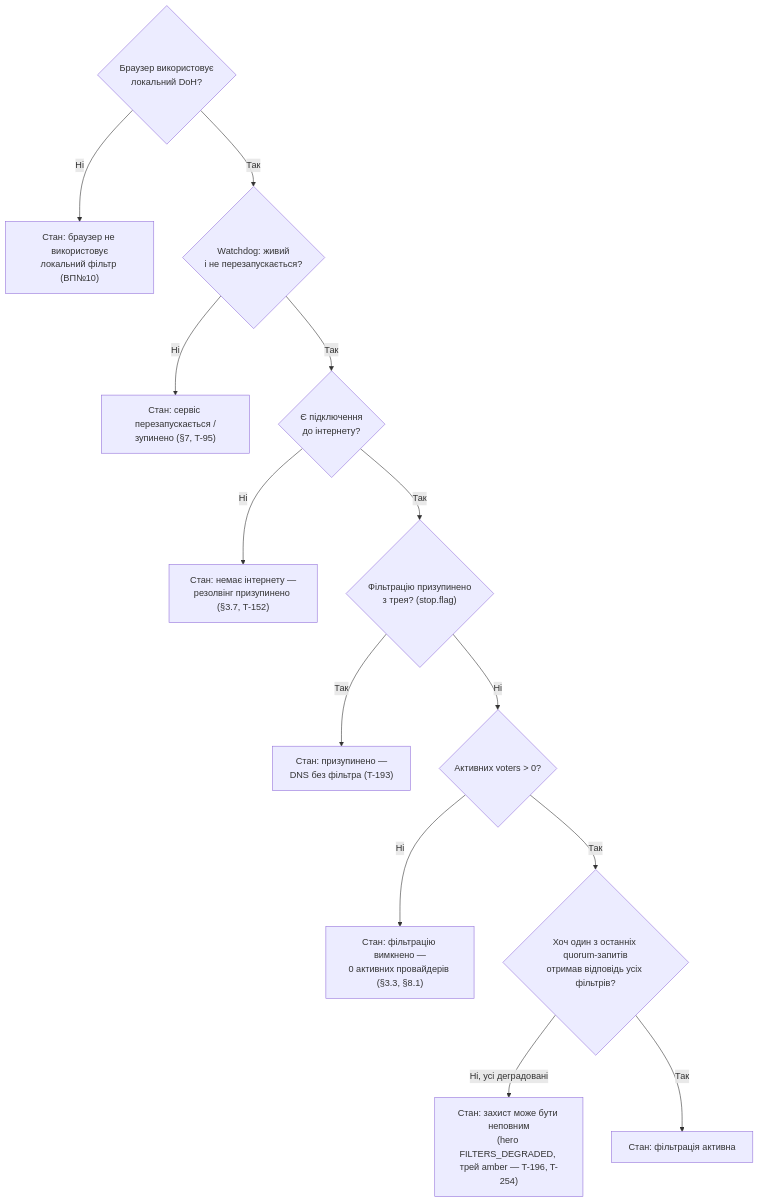
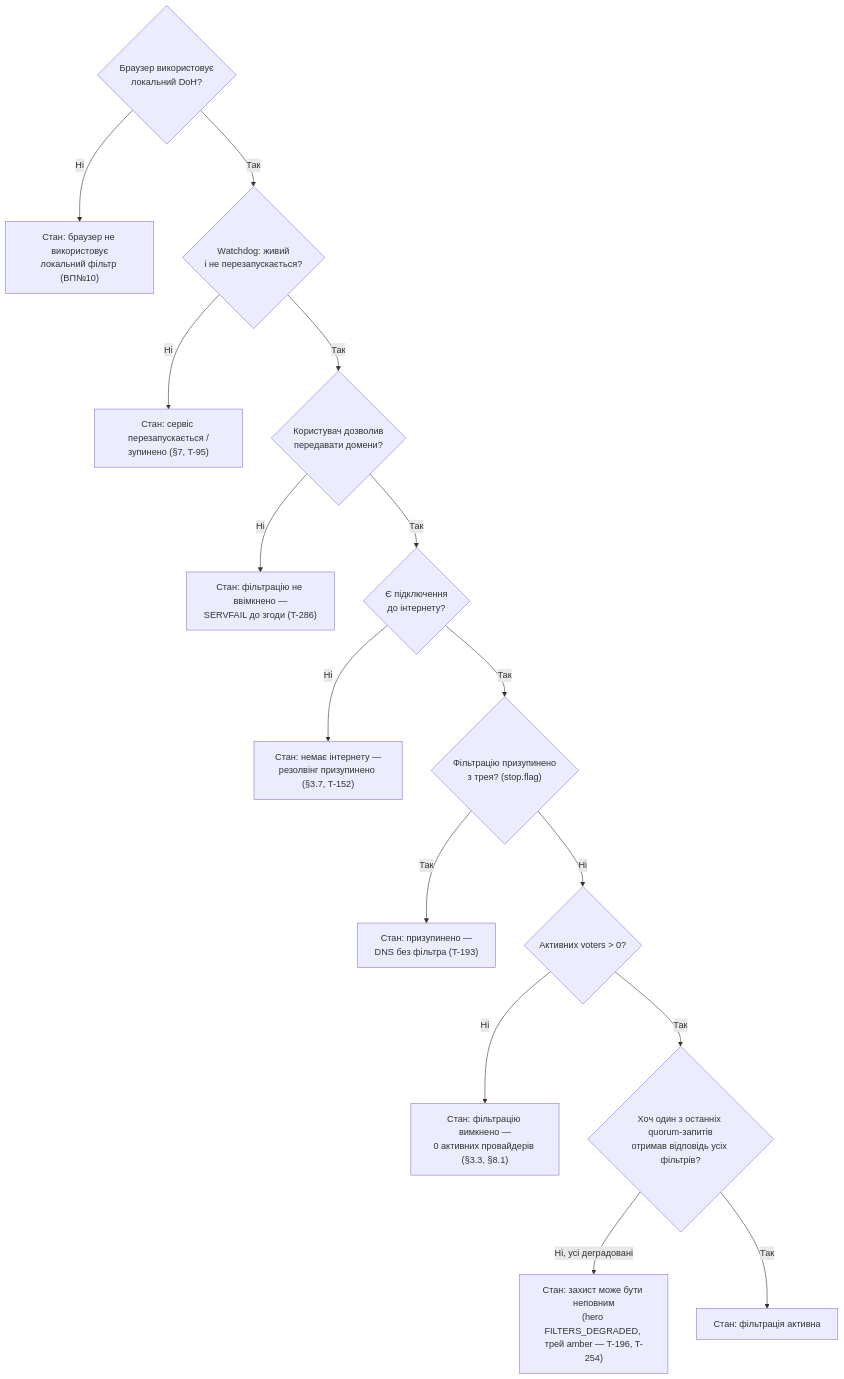
Before and after one commit to user137/dns-quorum-filter: the diagram in diagrams/ui-status-indicator.md, drawn with Mermaid. The commit also changed other lines of this file and 100 other files, not shown here.

````diff
--- a/diagrams/ui-status-indicator.md
+++ b/diagrams/ui-status-indicator.md
@@ -43,16 +46,18 @@
 ```mermaid
 flowchart TD
     Check1{"Браузер використовує<br/>локальний DoH?"}
     Check1 -->|Ні| S1["Стан: браузер не використовує<br/>локальний фільтр (ВП№10)"]
     Check1 -->|Так| Check2{"Watchdog: живий<br/>і не перезапускається?"}
     Check2 -->|Ні| S2["Стан: сервіс перезапускається /<br/>зупинено (§7, T-95)"]
-    Check2 -->|Так| Check3{"Є підключення<br/>до інтернету?"}
+    Check2 -->|Так| Check2a{"Користувач дозволив<br/>передавати домени?"}
+    Check2a -->|Ні| S2a["Стан: фільтрацію не ввімкнено —<br/>SERVFAIL до згоди (T-286)"]
+    Check2a -->|Так| Check3{"Є підключення<br/>до інтернету?"}
     Check3 -->|Ні| S3["Стан: немає інтернету —<br/>резолвінг призупинено (§3.7, T-152)"]
     Check3 -->|Так| Check3a{"Фільтрацію призупинено<br/>з трея? (stop.flag)"}
     Check3a -->|Так| S3a["Стан: призупинено —<br/>DNS без фільтра (T-193)"]
     Check3a -->|Ні| Check4{"Активних voters > 0?"}
     Check4 -->|Ні| S4["Стан: фільтрацію вимкнено —<br/>0 активних провайдерів (§3.3, §8.1)"]
     Check4 -->|Так| Check5{"Хоч один з останніх quorum-запитів<br/>отримав відповідь усіх фільтрів?"}
     Check5 -->|Ні, усі деградовані| S5["Стан: захист може бути неповним<br/>(hero FILTERS_DEGRADED, трей amber — T-196, T-254)"]
     Check5 -->|Так| S6["Стан: фільтрація активна"]
 ```
````
